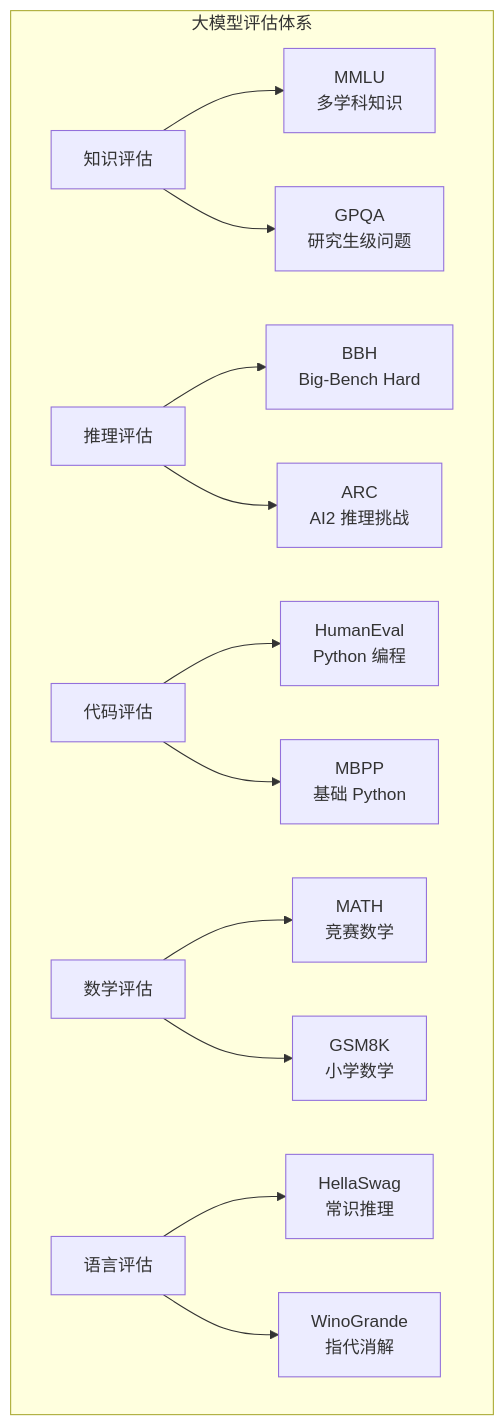
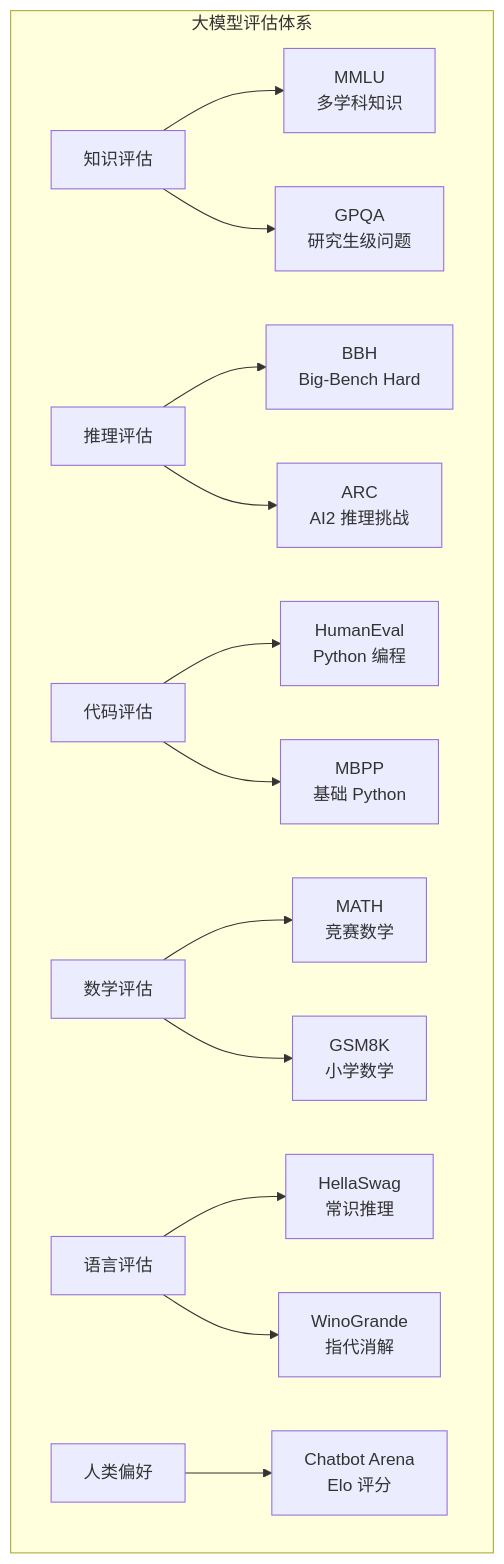
One commit to fenixsoft/dmla changed the first of 5 diagrams in docs/language-models/frontier/evaluation-safety.md. Above: the diagram before and after it, drawn with Mermaid. The commit also changed other lines of this file and 4 other files, not shown here.

````diff
--- a/docs/language-models/frontier/evaluation-safety.md
+++ b/docs/language-models/frontier/evaluation-safety.md
@@ -17,19 +19,21 @@
 ```mermaid
 graph TB
     subgraph 大模型评估体系
         K["知识评估"] --> MMLU["MMLU<br/>多学科知识"]
         K --> GPQA["GPQA<br/>研究生级问题"]
         
         R["推理评估"] --> BBH["BBH<br/>Big-Bench Hard"]
         R --> ARC["ARC<br/>AI2 推理挑战"]
         
         C["代码评估"] --> HE["HumanEval<br/>Python 编程"]
         C --> MBPP["MBPP<br/>基础 Python"]
         
         M["数学评估"] --> MATH["MATH<br/>竞赛数学"]
         M --> GSM8K["GSM8K<br/>小学数学"]
         
         L["语言评估"] --> HellaSwag["HellaSwag<br/>常识推理"]
         L --> WinoGrande["WinoGrande<br/>指代消解"]
+        
+        H["人类偏好"] --> Arena["Chatbot Arena<br/>Elo 评分"]
     end
 ```
````
